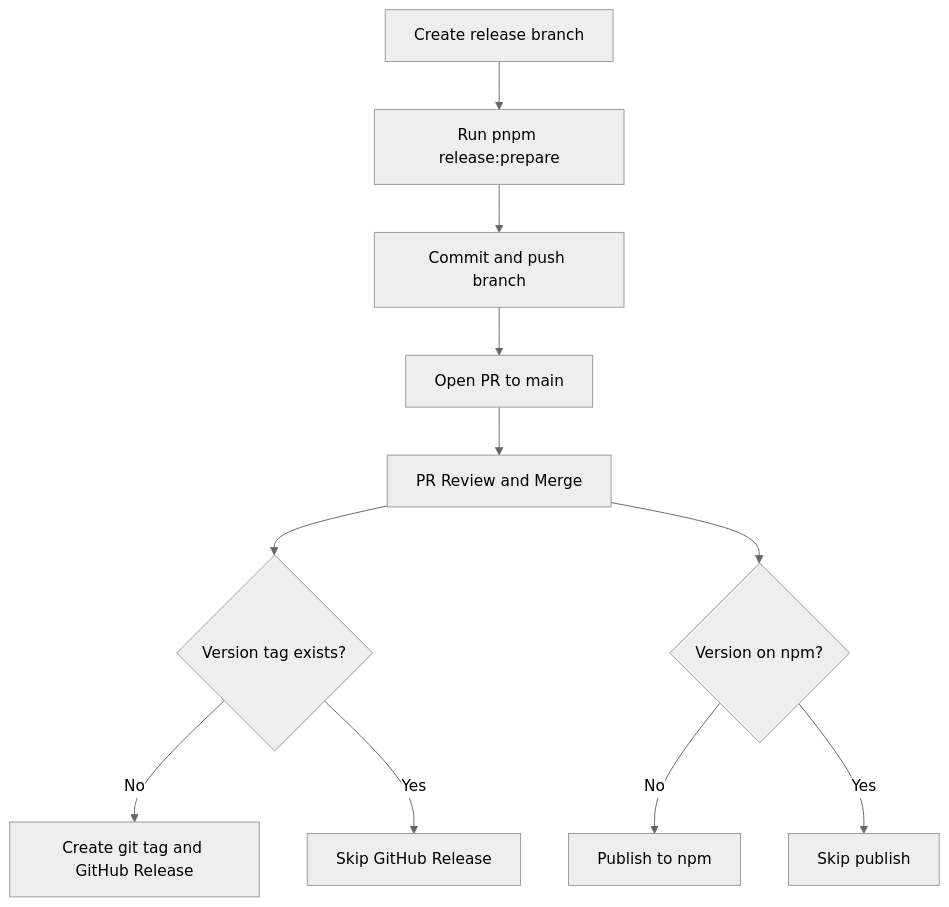
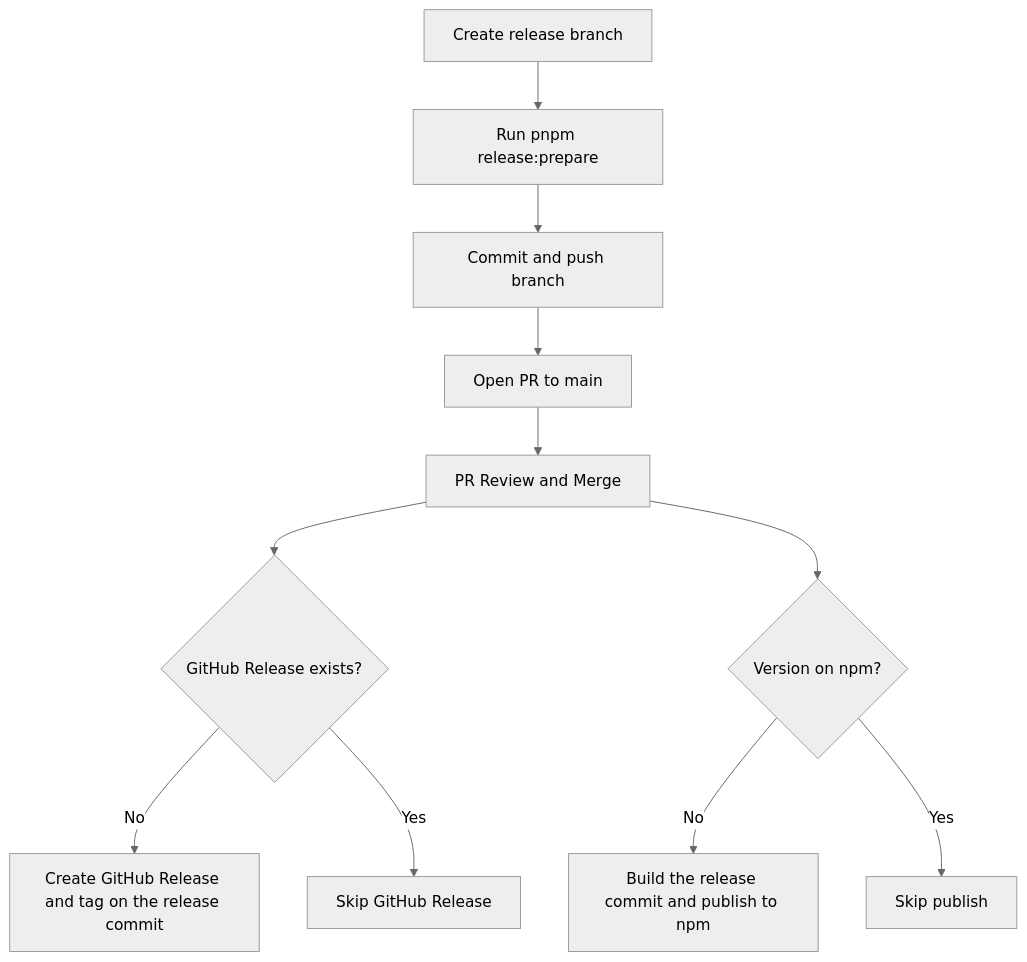
One commit to stackbuilders/nuxt-utm changed the diagram in docs/RELEASING.md. Above: the diagram before and after it, drawn with Mermaid (neutral theme). The commit also changed other lines of this file and 1 other file, not shown here.

Commit message:
ci: release the version commit and publish its tarball from an isolated job

````diff
--- a/docs/RELEASING.md
+++ b/docs/RELEASING.md
@@ -9,13 +9,13 @@
 ```mermaid
 flowchart TD
     A[Create release branch] --> B[Run pnpm release:prepare]
     B --> C[Commit and push branch]
     C --> D[Open PR to main]
     D --> E[PR Review and Merge]
-    E --> F{Version tag exists?}
-    F -->|No| G[Create git tag and GitHub Release]
+    E --> F{GitHub Release exists?}
+    F -->|No| G[Create GitHub Release and tag on the release commit]
     F -->|Yes| H[Skip GitHub Release]
     E --> I{Version on npm?}
-    I -->|No| J[Publish to npm]
+    I -->|No| J[Build the release commit and publish to npm]
     I -->|Yes| K[Skip publish]
 ```
````
